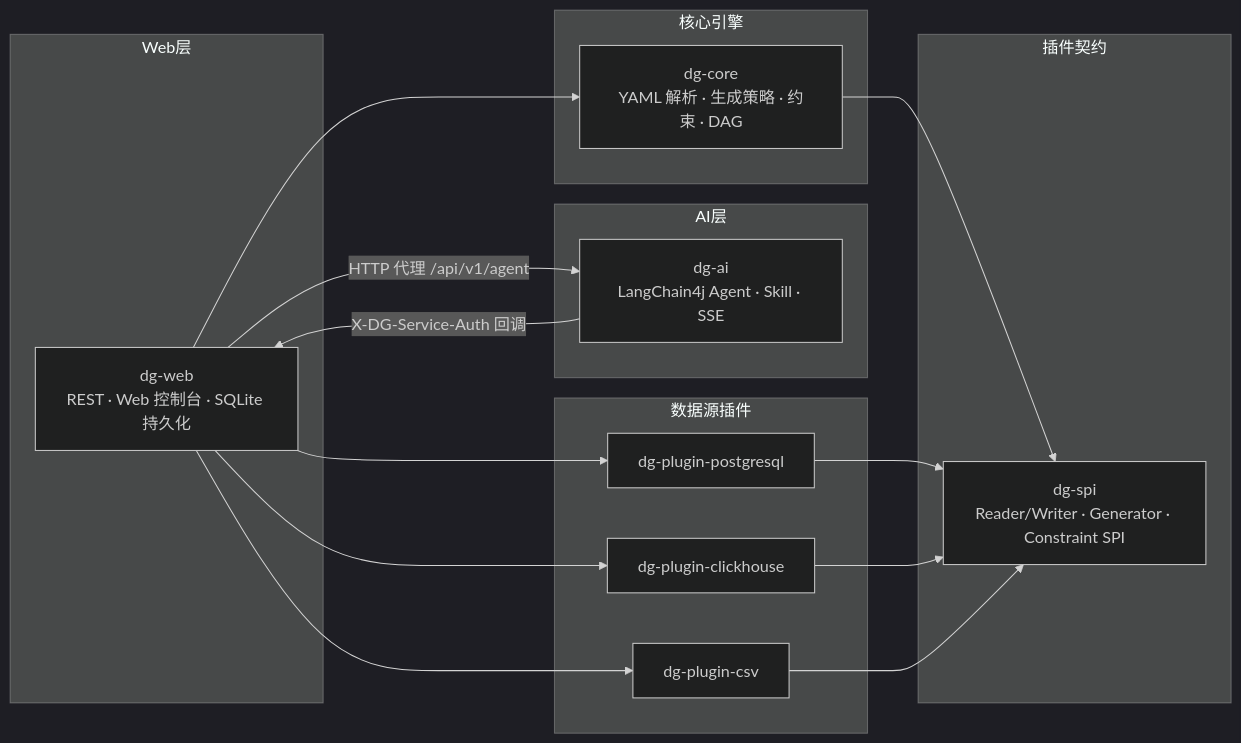
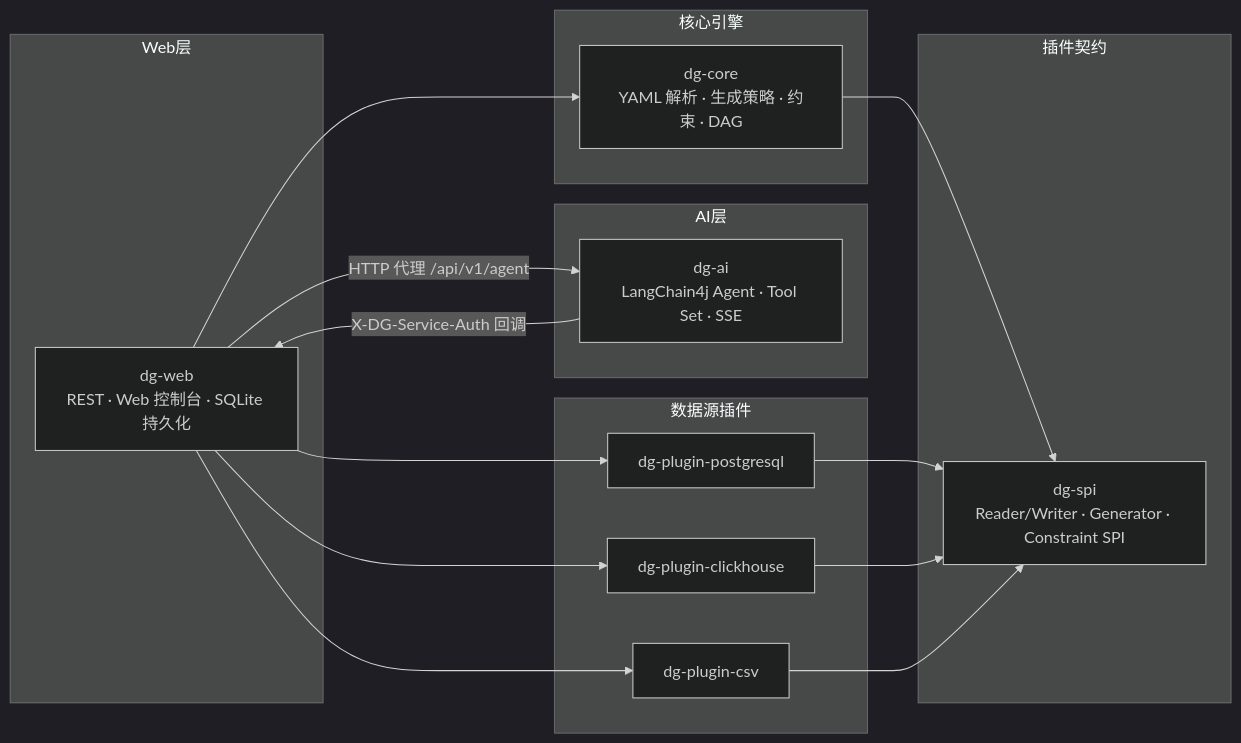
The first of 2 diagrams in README.md (sleetzxy/data-generator), drawn with Mermaid (dark theme) before and after one commit. The commit also changed other lines of this file and 162 other files, not shown here.

First line of the commit message:
refactor(dg-ai): 重构为 Agent/Tool Set 架构

````diff
--- a/README.md
+++ b/README.md
@@ -27,35 +27,35 @@
 ```mermaid
 graph LR
     subgraph Web层
         web["dg-web<br/>REST · Web 控制台 · SQLite 持久化"]
     end
 
     subgraph AI层
-        ai["dg-ai<br/>LangChain4j Agent · Skill · SSE"]
+        ai["dg-ai<br/>LangChain4j Agent · Tool Set · SSE"]
     end
 
     subgraph 核心引擎
         core["dg-core<br/>YAML 解析 · 生成策略 · 约束 · DAG"]
     end
 
     subgraph 插件契约
         spi["dg-spi<br/>Reader/Writer · Generator · Constraint SPI"]
     end
 
     subgraph 数据源插件
         pg["dg-plugin-postgresql"]
         ch["dg-plugin-clickhouse"]
         csv["dg-plugin-csv"]
     end
 
     web -->|HTTP 代理 /api/v1/agent| ai
     ai -->|X-DG-Service-Auth 回调| web
     web --> core
     web --> pg
     web --> ch
     web --> csv
     core --> spi
     pg --> spi
     ch --> spi
     csv --> spi
 ```
````
